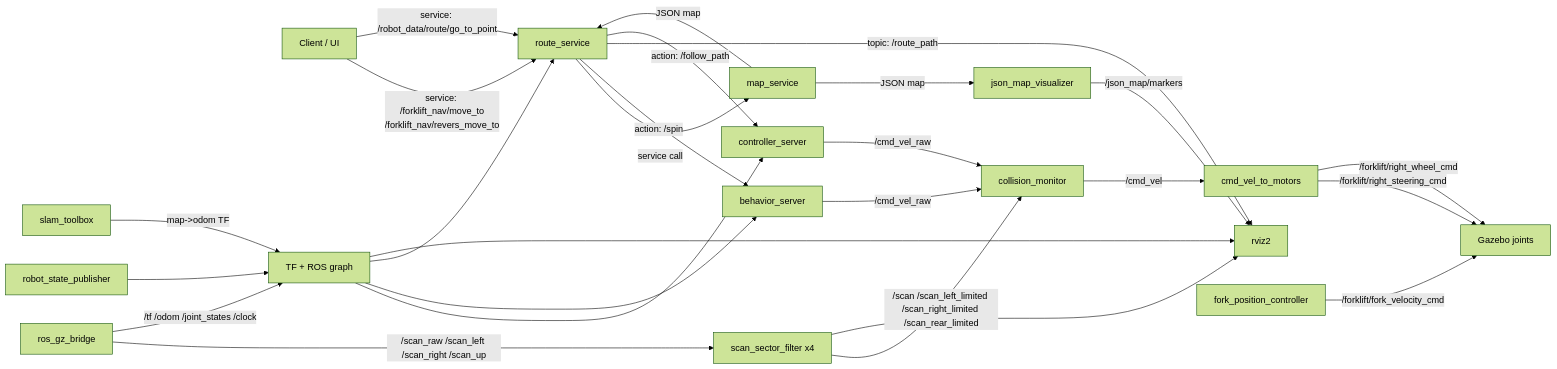
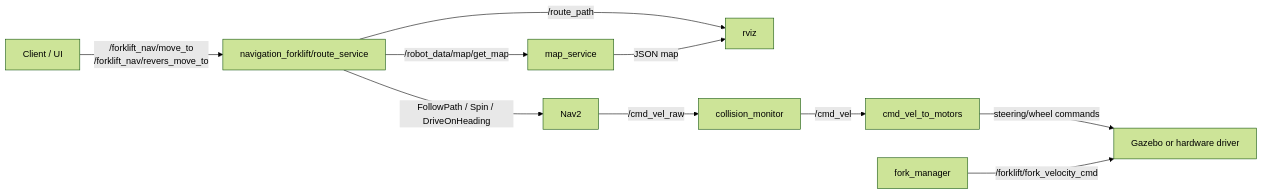
The diagram in README.md (ilya-kkk/forklift_test), drawn with Mermaid (forest theme) before and after one commit. The commit also changed other lines of this file and 121 other files, not shown here.

````diff
--- a/README.md
+++ b/README.md
@@ -42,31 +23,12 @@
 ```mermaid
 flowchart LR
-  U[Client / UI] -->|service: /forklift_nav/move_to<br/>/forklift_nav/revers_move_to| RS[route_service]
-  U -->|service: /robot_data/route/go_to_point| RS
-  RS -->|service call| MS[map_service]
-  MS -->|JSON map| RS
-  RS -->|action: /spin| BS[behavior_server]
-  RS -->|topic: /route_path| RV[rviz2]
-  RS -->|action: /follow_path| CS[controller_server]
-
-  CS -->|/cmd_vel_raw| CM[collision_monitor]
-  BS -->|/cmd_vel_raw| CM
+  U[Client / UI] -->|/forklift_nav/move_to<br/>/forklift_nav/revers_move_to| RS[navigation_forklift/route_service]
+  RS -->|/robot_data/map/get_map| MS[map_service]
+  RS -->|/route_path| RV[rviz]
+  RS -->|FollowPath / Spin / DriveOnHeading| N2[Nav2]
+  N2 -->|/cmd_vel_raw| CM[collision_monitor]
   CM -->|/cmd_vel| CVM[cmd_vel_to_motors]
-  CVM -->|/forklift/right_steering_cmd| GZ[Gazebo joints]
-  CVM -->|/forklift/right_wheel_cmd| GZ
-  FPC[fork_position_controller] -->|/forklift/fork_velocity_cmd| GZ
-
-  BR[ros_gz_bridge] -->|/scan_raw /scan_left /scan_right /scan_up| SF[scan_sector_filter x4]
-  SF -->|/scan /scan_left_limited /scan_right_limited /scan_rear_limited| CM
-  SF --> RV
-  BR -->|/tf /odom /joint_states /clock| TF[TF + ROS graph]
-  TF --> CS
-  TF --> BS
-  TF --> RS
-  TF --> RV
-  RSP[robot_state_publisher] --> TF
-  SLAM[slam_toolbox] -->|map->odom TF| TF
-
-  JMV[json_map_visualizer] -->|/json_map/markers| RV
-  MS -->|JSON map| JMV
+  CVM -->|steering/wheel commands| HW[Gazebo or hardware driver]
+  FM[fork_manager] -->|/forklift/fork_velocity_cmd| HW
+  MS -->|JSON map| RV
 ```
````
